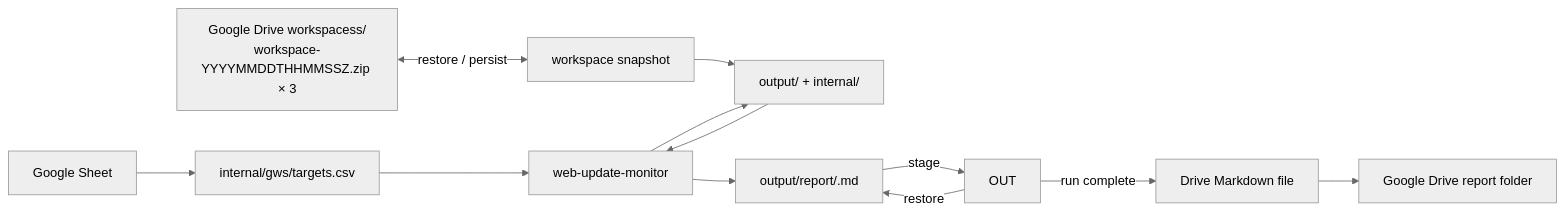
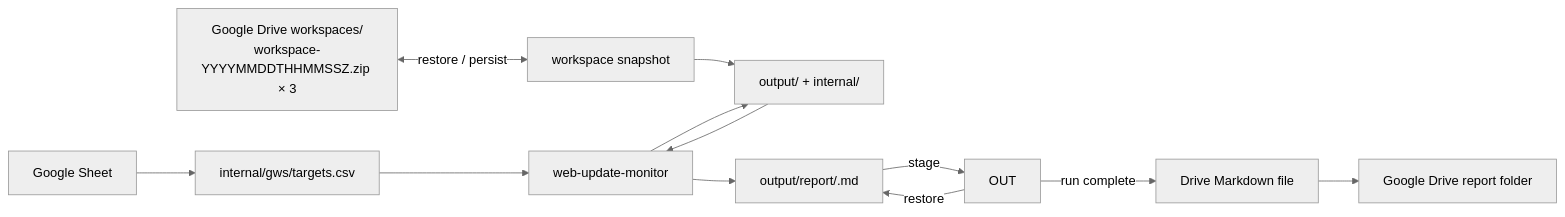
One commit to dceoy/wsum changed the first of 2 diagrams in README.md. Above: the diagram before and after it, drawn with Mermaid (neutral theme).

Commit message:
Fix workspaces folder label

````diff
--- a/README.md
+++ b/README.md
@@ -23,14 +23,14 @@
 ```mermaid
 flowchart LR
     GS["Google Sheet"] --> CSV["internal/gws/targets.csv"]
-    DS["Google Drive workspacess/<br/>workspace-YYYYMMDDTHHMMSSZ.zip × 3"] <-->|restore / persist| WS["workspace snapshot"]
+    DS["Google Drive workspaces/<br/>workspace-YYYYMMDDTHHMMSSZ.zip × 3"] <-->|restore / persist| WS["workspace snapshot"]
     WS --> WORKSPACE["output/ + internal/"]
     CSV --> CORE["web-update-monitor"]
     WORKSPACE --> CORE
     CORE --> WORKSPACE
     CORE --> REPORT["output/report/<run-id>.md"]
     OUT -->|restore| REPORT
     REPORT -->|stage| OUT
     OUT -->|run complete| GMD["Drive Markdown file"]
     GMD --> DR["Google Drive report folder"]
 ```
````
